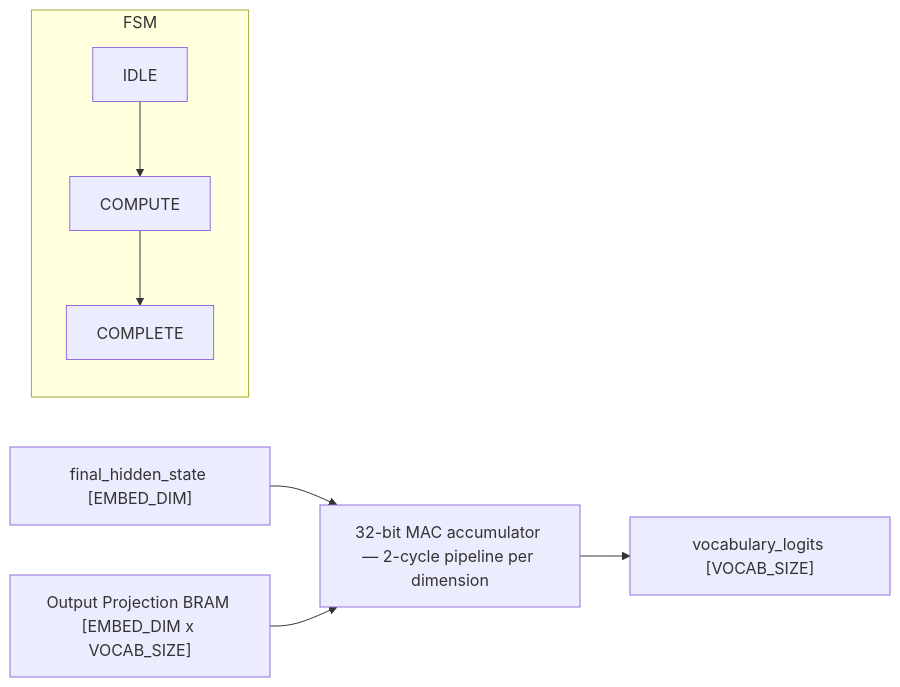
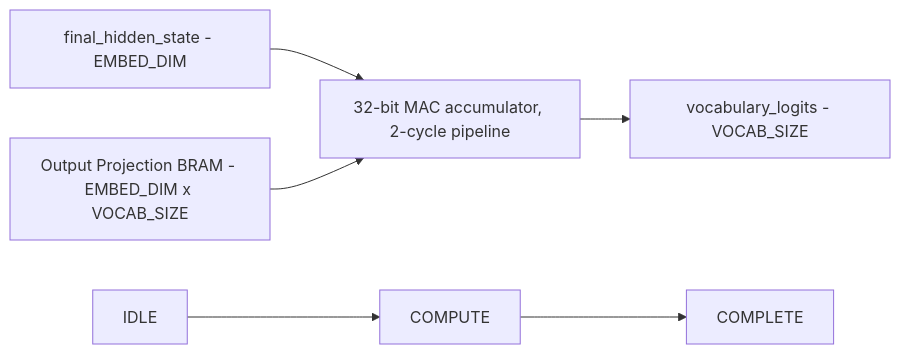
The sixth of 7 diagrams in report/05b_hardware_validation.md (Fluxx7/FPGA-Transformer-Acceleration), drawn with Mermaid before and after one commit. The commit also changed other lines of this file, not shown here.

First line of the commit message:
Simplify Mermaid diagrams for VS Code preview compatibility

````diff
--- a/report/05b_hardware_validation.md
+++ b/report/05b_hardware_validation.md
@@ -276,15 +267,13 @@
 ```mermaid
 graph LR
-    IN["final_hidden_state [EMBED_DIM]"]
-    PROJ["Output Projection BRAM [EMBED_DIM x VOCAB_SIZE]"]
-    ACC["32-bit MAC accumulator — 2-cycle pipeline per dimension"]
-    OUT["vocabulary_logits [VOCAB_SIZE]"]
+    IN["final_hidden_state - EMBED_DIM"]
+    PROJ["Output Projection BRAM - EMBED_DIM x VOCAB_SIZE"]
+    ACC["32-bit MAC accumulator, 2-cycle pipeline"]
+    OUT["vocabulary_logits - VOCAB_SIZE"]
 
-    subgraph FSM["FSM"]
-        f0[IDLE] --> f1[COMPUTE] --> f2[COMPLETE]
-    end
+    s0[IDLE] --> s1[COMPUTE] --> s2[COMPLETE]
 
     IN --> ACC
     PROJ --> ACC
     ACC --> OUT
 ```
````
